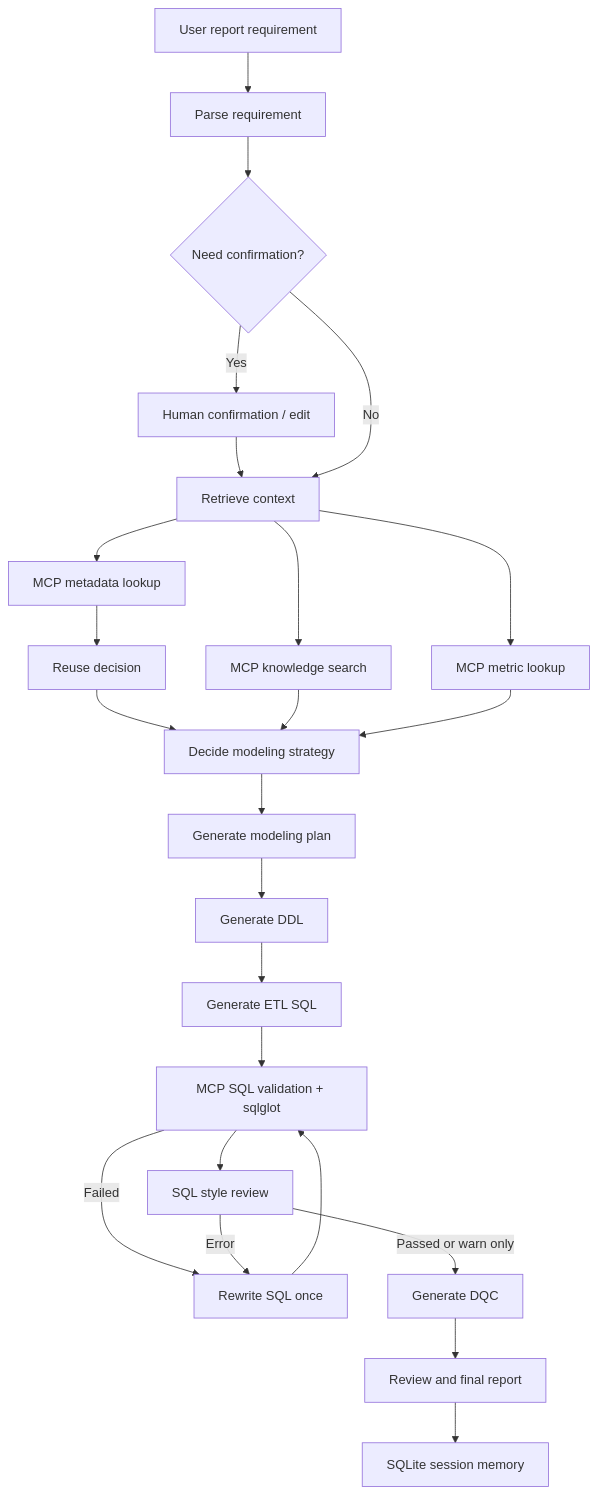
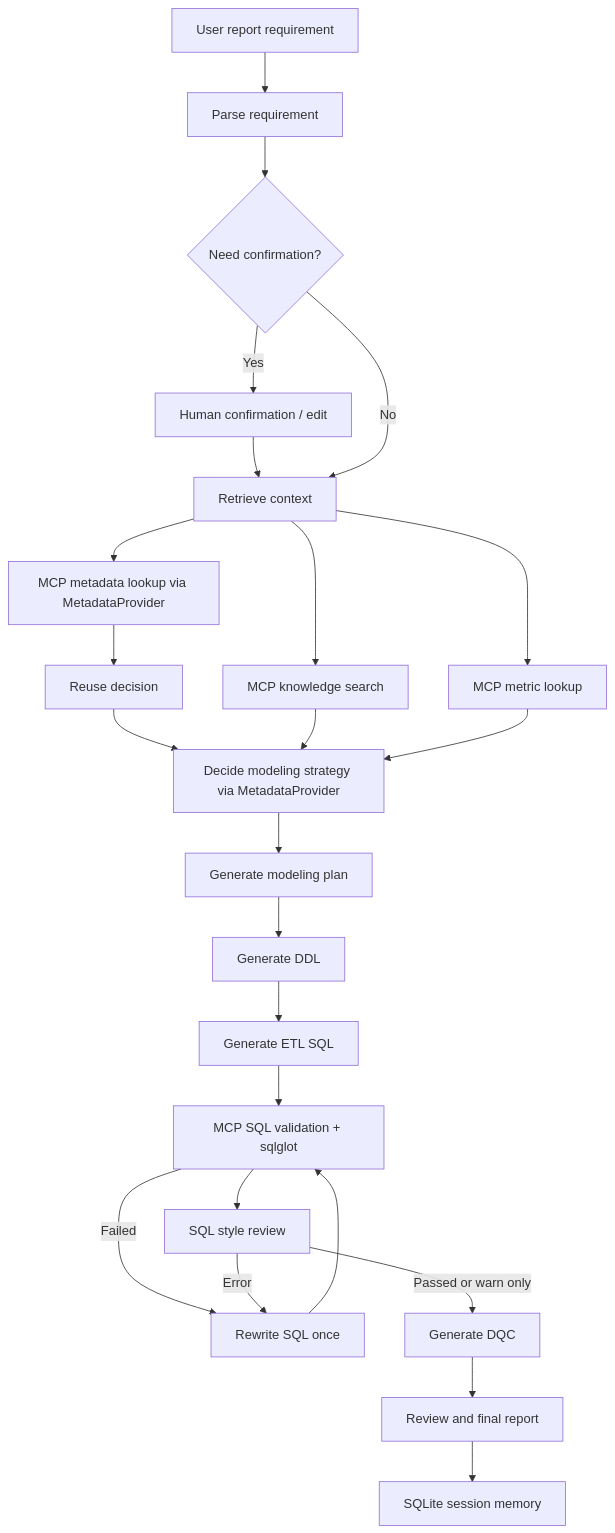
Before and after one commit to juebunengkun/warehouse-agent-mvp: the diagram in README.md, drawn with Mermaid. The commit also changed other lines of this file and 10 other files, not shown here.

Commit message:
Tighten metadata provider integration

````diff
--- a/README.md
+++ b/README.md
@@ -37,26 +37,26 @@
 ```mermaid
 flowchart TD
     A["User report requirement"] --> B["Parse requirement"]
     B --> C{"Need confirmation?"}
     C -->|Yes| D["Human confirmation / edit"]
     D --> E["Retrieve context"]
     C -->|No| E
     E --> F["MCP knowledge search"]
     E --> G["MCP metric lookup"]
-    E --> H["MCP metadata lookup"]
+    E --> H["MCP metadata lookup via MetadataProvider"]
     H --> I["Reuse decision"]
-    I --> J["Decide modeling strategy"]
+    I --> J["Decide modeling strategy via MetadataProvider"]
     F --> J
     G --> J
     J --> K["Generate modeling plan"]
     K --> L["Generate DDL"]
     L --> M["Generate ETL SQL"]
     M --> N["MCP SQL validation + sqlglot"]
     N -->|Failed| O["Rewrite SQL once"]
     O --> N
     N --> P["SQL style review"]
     P -->|Error| O
     P -->|Passed or warn only| Q["Generate DQC"]
     Q --> R["Review and final report"]
     R --> S["SQLite session memory"]
 ```
````
